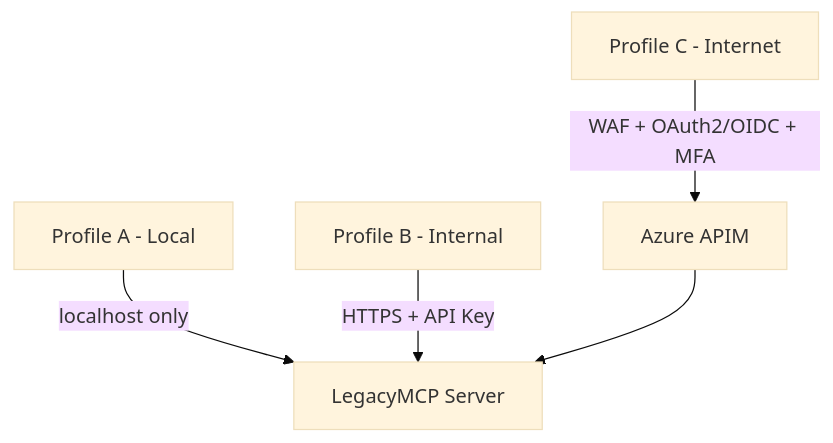
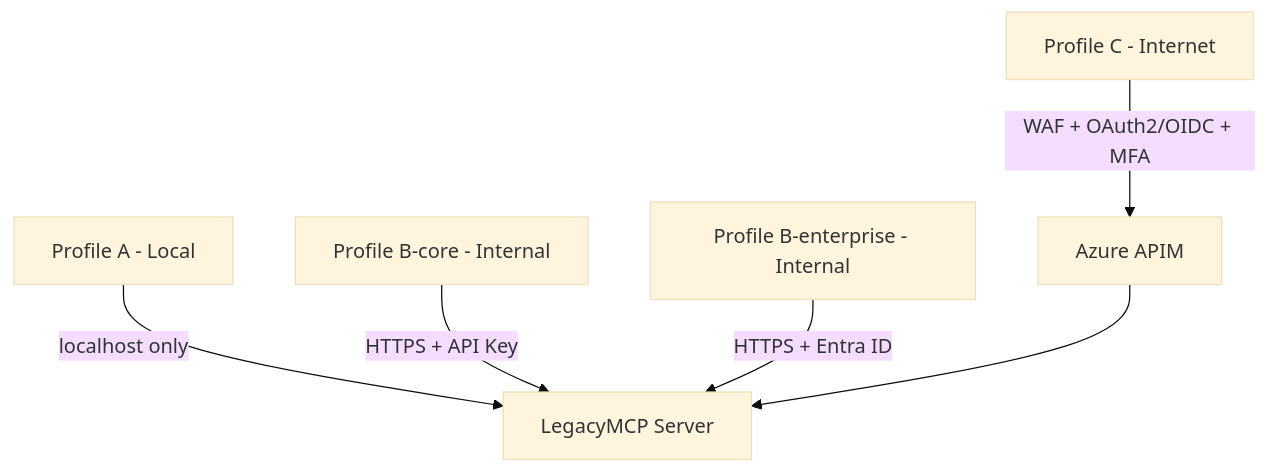
The third of 3 diagrams in README.md (Marco-Lelli/legacy-mcp), drawn with Mermaid (base theme) before and after one commit. The commit also changed other lines of this file, not shown here.

Commit message:
docs: fixed deplyment profiles diagram in readme

````diff
--- a/README.md
+++ b/README.md
@@ -134,7 +134,8 @@
 ```mermaid
 flowchart TD
     A[Profile A - Local] -->|localhost only| B[LegacyMCP Server]
-    C[Profile B - Internal] -->|HTTPS + API Key| B
-    D[Profile C - Internet] -->|WAF + OAuth2/OIDC + MFA| E[Azure APIM]
-    E --> B
+    C[Profile B-core - Internal] -->|HTTPS + API Key| B
+    D[Profile B-enterprise - Internal] -->|HTTPS + Entra ID| B
+    E[Profile C - Internet] -->|WAF + OAuth2/OIDC + MFA| F[Azure APIM]
+    F --> B
 ```
````
